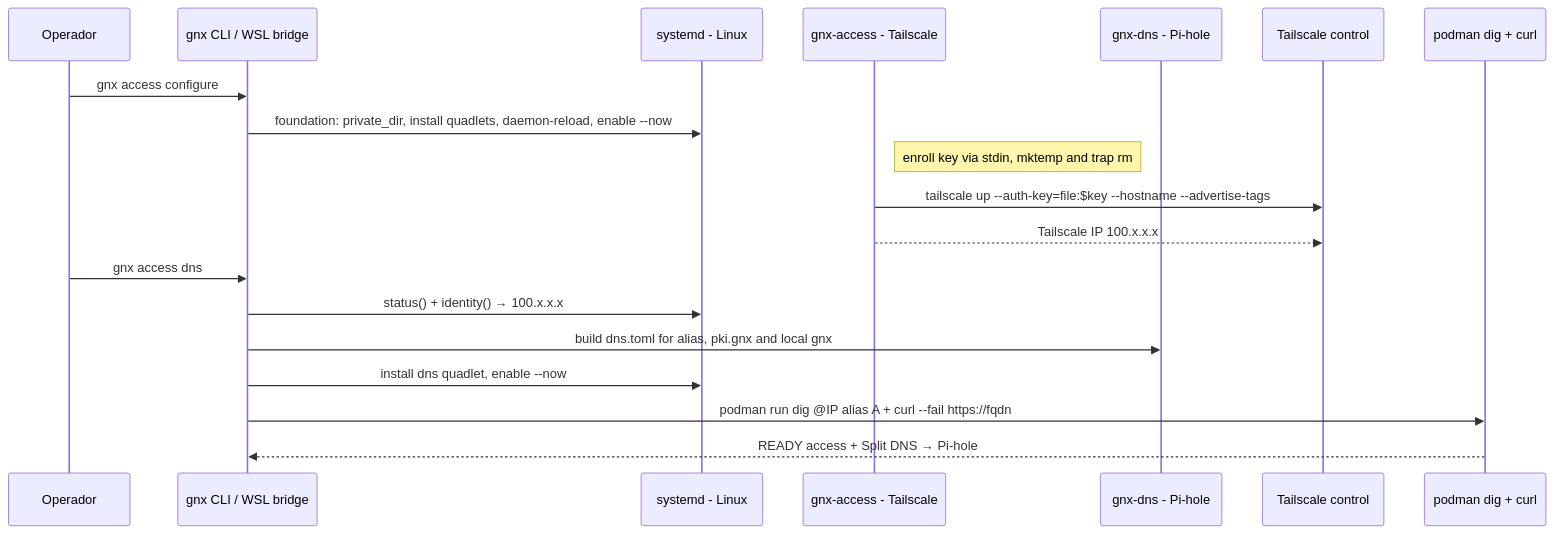
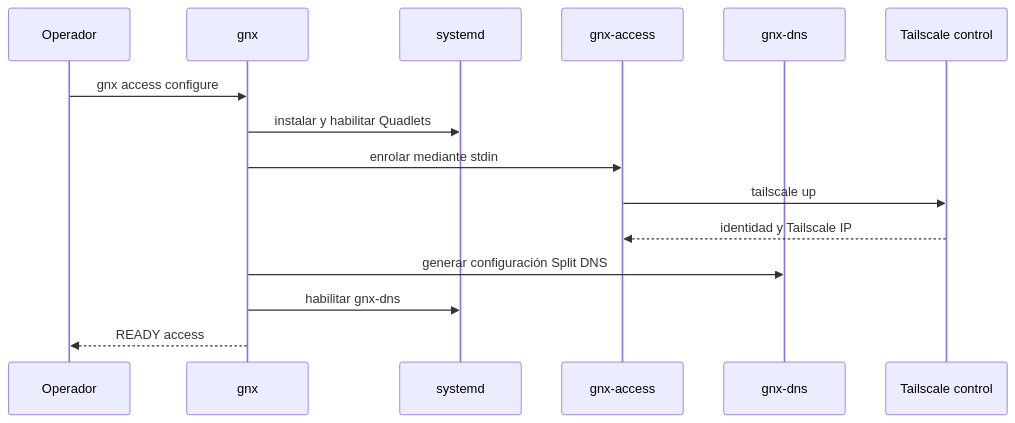
The third of 6 diagrams in docs/arquitectura.md (mayas-alas/quetzalcoatl), drawn with Mermaid before and after one commit. The commit also changed other lines of this file and 9 other files, not shown here.

````diff
--- a/docs/arquitectura.md
+++ b/docs/arquitectura.md
@@ -73,22 +139,18 @@
 ```mermaid
 sequenceDiagram
     participant OP as Operador
-    participant CLI as gnx CLI / WSL bridge
-    participant SYS as systemd - Linux
-    participant TS as gnx-access - Tailscale
-    participant PH as gnx-dns - Pi-hole
-    participant TSCTRL as Tailscale control
-    participant DNSCHK as podman dig + curl
+    participant GNX as gnx
+    participant SYS as systemd
+    participant TS as gnx-access
+    participant DNS as gnx-dns
+    participant CTRL as Tailscale control
 
-    OP->>CLI: gnx access configure
-    CLI->>SYS: foundation: private_dir, install quadlets, daemon-reload, enable --now
-    Note right of TS: enroll key via stdin, mktemp and trap rm
-    TS->>TSCTRL: tailscale up --auth-key=file:$key --hostname --advertise-tags
-    TS-->>TSCTRL: Tailscale IP 100.x.x.x
-    OP->>CLI: gnx access dns
-    CLI->>SYS: status() + identity() → 100.x.x.x
-    CLI->>PH: build dns.toml for alias, pki.gnx and local gnx
-    CLI->>SYS: install dns quadlet, enable --now
-    CLI->>DNSCHK: podman run dig @IP alias A + curl --fail https://fqdn
-    DNSCHK-->>CLI: READY access + Split DNS → Pi-hole
+    OP->>GNX: gnx access configure
+    GNX->>SYS: instalar y habilitar Quadlets
+    GNX->>TS: enrolar mediante stdin
+    TS->>CTRL: tailscale up
+    CTRL-->>TS: identidad y Tailscale IP
+    GNX->>DNS: generar configuración Split DNS
+    GNX->>SYS: habilitar gnx-dns
+    GNX-->>OP: READY access
 ```
````
